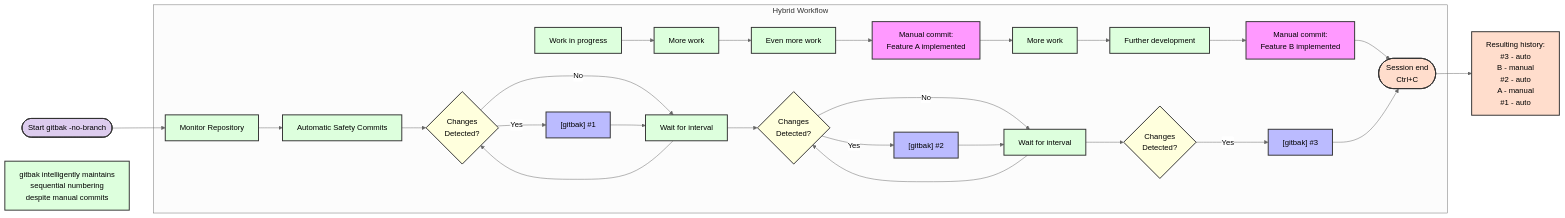
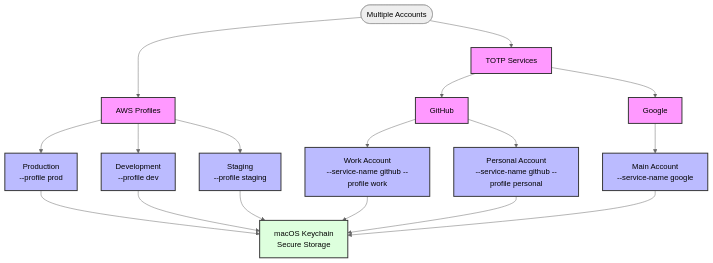
Before and after one commit to bashhack/sesh: the second of 2 diagrams in docs/USAGE_AND_CONFIGURATION.md, drawn with Mermaid. The commit also changed other lines of this file, not shown here.

Commit message:
[gitbak] Automatic checkpoint #442 - 2025-06-01 16:28:32

````diff
--- a/docs/USAGE_AND_CONFIGURATION.md
+++ b/docs/USAGE_AND_CONFIGURATION.md
@@ -152,54 +190,25 @@
 ```mermaid
-%%{init: {'theme': 'neutral', 'flowchart': {'curve': 'basis'}}}%%
-flowchart LR
-    classDef autoCommit fill:#bbf,stroke:#333,stroke-width:2px
-    classDef manualCommit fill:#f9f,stroke:#333,stroke-width:2px
-    classDef process fill:#dfd,stroke:#333,stroke-width:2px
-    classDef decision fill:#ffd,stroke:#333,stroke-width:2px
-    classDef start fill:#dce,stroke:#333,stroke-width:2px
-    classDef endNode fill:#fdc,stroke:#333,stroke-width:2px
+%%{init: {'theme': 'neutral'}}%%
+flowchart TD
+    classDef profile fill:#bbf,stroke:#333,stroke-width:2px
+    classDef service fill:#f9f,stroke:#333,stroke-width:2px
+    classDef keychain fill:#dfd,stroke:#333,stroke-width:2px
 
-    Start([Start gitbak -no-branch]):::start --> Monitor[Monitor Repository]:::process
-
-    subgraph "Hybrid Workflow"
-        %% Left side: Automatic flow
-        Monitor --> Auto[Automatic Safety Commits]:::process
-        Auto --> Changes{Changes<br>Detected?}:::decision
-        Changes -->|Yes| AutoCommit1["[gitbak] #1"]:::autoCommit
-        Changes -->|No| Wait[Wait for interval]:::process
-        Wait --> Changes
-
-        AutoCommit1 --> Wait
-
-        %% Development continues
-        Work1["Work in progress"]:::process --> Work2["More work"]:::process --> Work3["Even more work"]:::process
-
-        %% A milestone is reached
-        Work3 --> ManualCommit1["Manual commit:<br>Feature A implemented"]:::manualCommit
-
-        %% Automatic commit continues
-        Wait --> Changes2{Changes<br>Detected?}:::decision
-        Changes2 -->|Yes| AutoCommit2["[gitbak] #2"]:::autoCommit
-        Changes2 -->|No| Wait2[Wait for interval]:::process
-        Wait2 --> Changes2
-
-        AutoCommit2 --> Wait2
-
-        %% More development
-        ManualCommit1 --> Work4["More work"]:::process --> Work5["Further development"]:::process
-
-        %% Another milestone
-        Work5 --> ManualCommit2["Manual commit:<br>Feature B implemented"]:::manualCommit
-
-        %% Last automatic commit
-        Wait2 --> Changes3{Changes<br>Detected?}:::decision
-        Changes3 -->|Yes| AutoCommit3["[gitbak] #3"]:::autoCommit
-
-        ManualCommit2 --> End([Session end<br>Ctrl+C]):::endNode
-        AutoCommit3 --> End
-    end
-
-    End --> Results["Resulting history:<br>#3 - auto<br>B - manual<br>#2 - auto<br>A - manual<br>#1 - auto"]:::endNode
-
-    Note["gitbak intelligently maintains<br>sequential numbering<br>despite manual commits"]:::process
+    Start([Multiple Accounts])
+    
+    Start --> AWS["AWS Profiles"]:::service
+    Start --> TOTP["TOTP Services"]:::service
+    
+    AWS --> AWSProd["Production<br>--profile prod"]:::profile
+    AWS --> AWSDev["Development<br>--profile dev"]:::profile
+    AWS --> AWSStaging["Staging<br>--profile staging"]:::profile
+    
+    TOTP --> GitHub["GitHub"]:::service
+    GitHub --> GHWork["Work Account<br>--service-name github --profile work"]:::profile
+    GitHub --> GHPersonal["Personal Account<br>--service-name github --profile personal"]:::profile
+    
+    TOTP --> Google["Google"]:::service
+    Google --> GoogleMain["Main Account<br>--service-name google"]:::profile
+    
+    AWSProd & AWSDev & AWSStaging & GHWork & GHPersonal & GoogleMain --> KC["macOS Keychain<br>Secure Storage"]:::keychain
 ```
````
